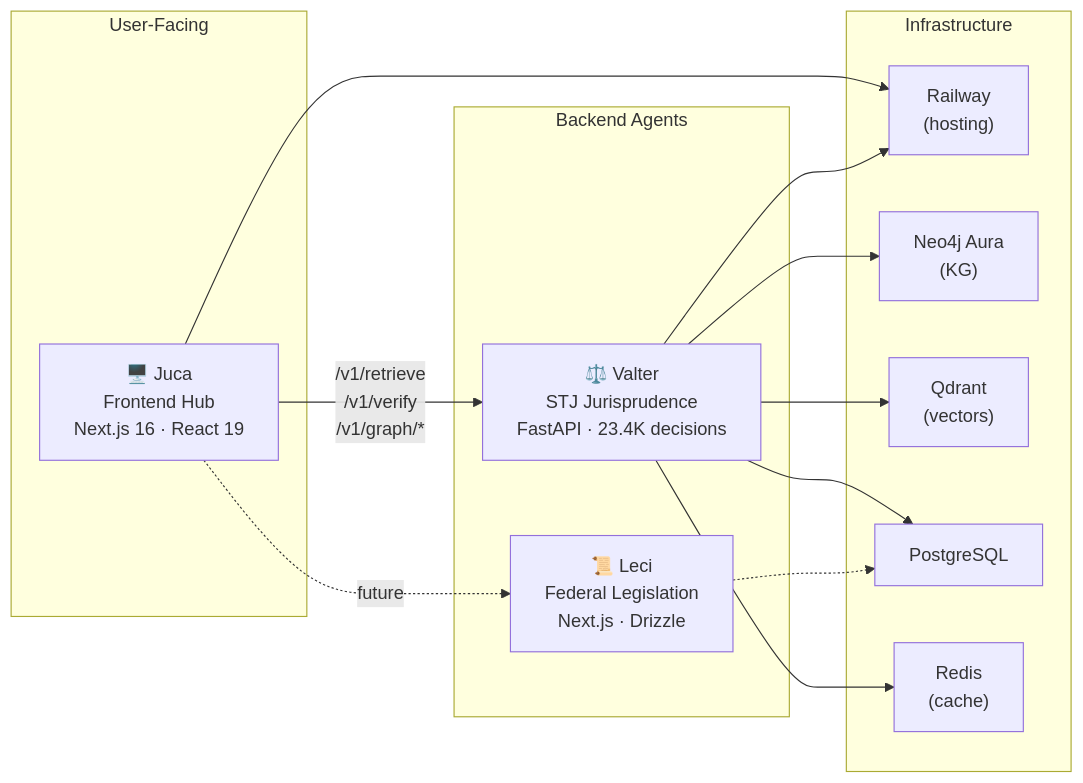
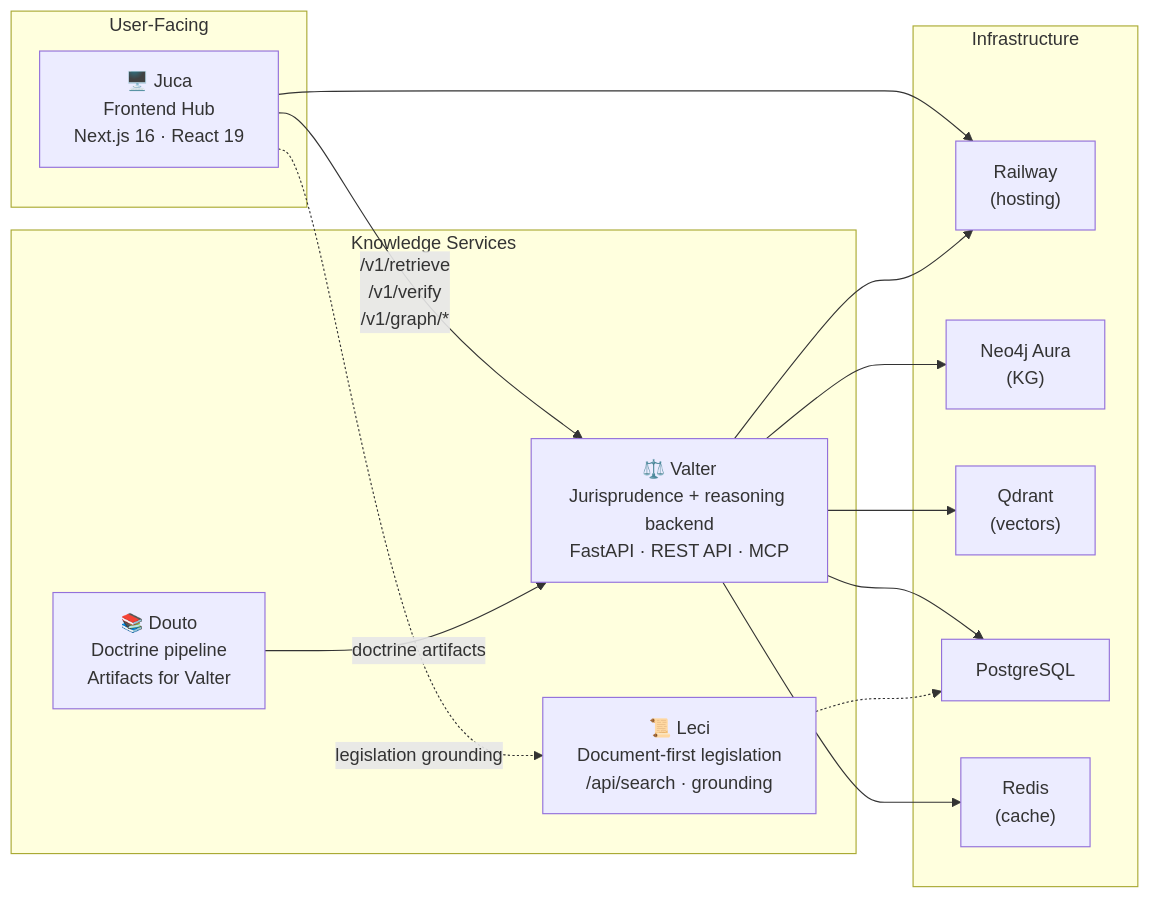
Before and after one commit to sensdiego/sens.legal: the first of 6 diagrams in sites/juca/src/content/docs/architecture/diagrams.md, drawn with Mermaid. The commit also changed other lines of this file and 57 other files, not shown here.

````diff
--- a/sites/juca/src/content/docs/architecture/diagrams.md
+++ b/sites/juca/src/content/docs/architecture/diagrams.md
@@ -17,27 +17,29 @@
 ```mermaid
 graph LR
     subgraph "User-Facing"
         Juca["🖥️ Juca<br/>Frontend Hub<br/>Next.js 16 · React 19"]
     end
-    subgraph "Backend Agents"
-        Valter["⚖️ Valter<br/>STJ Jurisprudence<br/>FastAPI · 23.4K decisions"]
-        Leci["📜 Leci<br/>Federal Legislation<br/>Next.js · Drizzle"]
+    subgraph "Knowledge Services"
+        Valter["⚖️ Valter<br/>Jurisprudence + reasoning backend<br/>FastAPI · REST API · MCP"]
+        Leci["📜 Leci<br/>Document-first legislation<br/>/api/search · grounding"]
+        Douto["📚 Douto<br/>Doctrine pipeline<br/>Artifacts for Valter"]
     end
     subgraph "Infrastructure"
         Railway["Railway<br/>(hosting)"]
         Neo4j["Neo4j Aura<br/>(KG)"]
         Qdrant["Qdrant<br/>(vectors)"]
         PG["PostgreSQL"]
         Redis["Redis<br/>(cache)"]
     end
 
     Juca -->|"/v1/retrieve<br/>/v1/verify<br/>/v1/graph/*"| Valter
-    Juca -.->|"future"| Leci
+    Juca -.->|"legislation grounding"| Leci
+    Douto -->|"doctrine artifacts"| Valter
     Valter --> Neo4j
     Valter --> Qdrant
     Valter --> PG
     Valter --> Redis
     Leci -.-> PG
     Juca --> Railway
     Valter --> Railway
 ```
````
